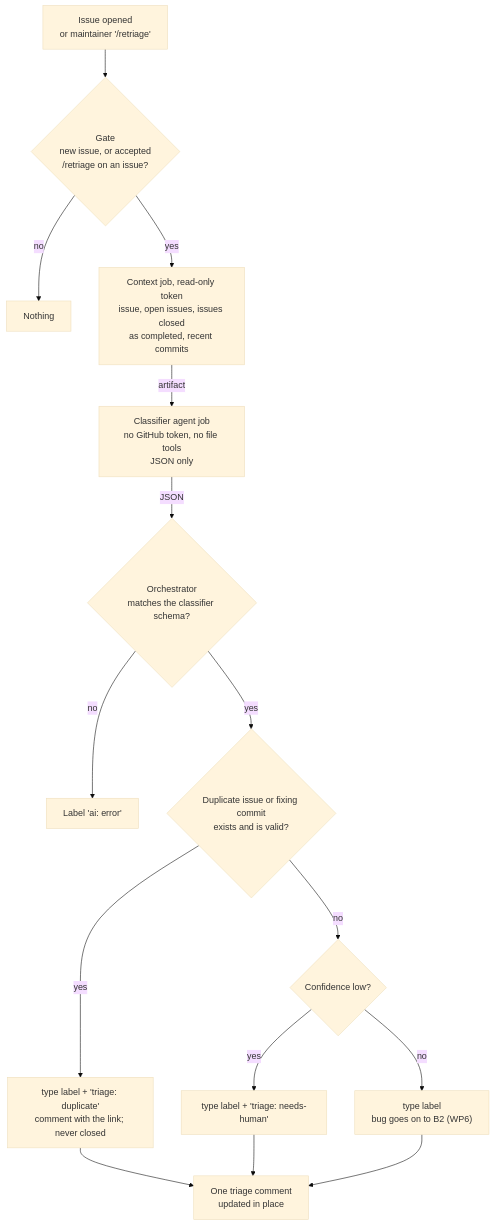
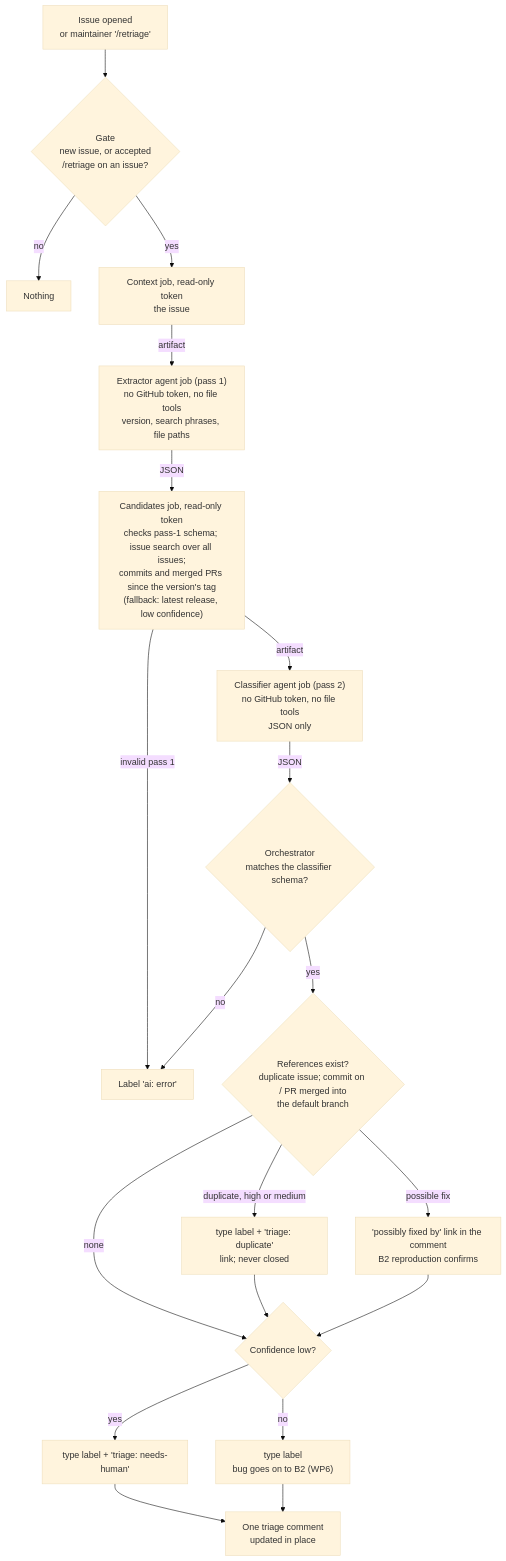
One commit to esciara/ai-workflows changed the diagram in docs/diagrams/wp5.mmd. Above: the diagram before and after it, drawn with Mermaid (base theme). The commit also changed 9 other files, not shown here.

First line of the commit message:
feat(triage): two-pass B1 with candidate search across all issues and the version's fix range (ADR-0035)

```diff
--- a/docs/diagrams/wp5.mmd
+++ b/docs/diagrams/wp5.mmd
@@ -1,13 +1,18 @@
 flowchart TD
   O["Issue opened<br/>or maintainer '/retriage'"] --> G{"Gate<br/>new issue, or accepted<br/>/retriage on an issue?"}
   G -- no --> X["Nothing"]
-  G -- yes --> C["Context job, read-only token<br/>issue, open issues, issues closed<br/>as completed, recent commits"]
-  C -- artifact --> A["Classifier agent job<br/>no GitHub token, no file tools<br/>JSON only"]
+  G -- yes --> C["Context job, read-only token<br/>the issue"]
+  C -- artifact --> P1["Extractor agent job (pass 1)<br/>no GitHub token, no file tools<br/>version, search phrases, file paths"]
+  P1 -- JSON --> K["Candidates job, read-only token<br/>checks pass-1 schema; issue search over all issues;<br/>commits and merged PRs since the version's tag<br/>(fallback: latest release, low confidence)"]
+  K -- artifact --> A["Classifier agent job (pass 2)<br/>no GitHub token, no file tools<br/>JSON only"]
+  K -- invalid pass 1 --> E
   A -- JSON --> V{"Orchestrator<br/>matches the classifier schema?"}
   V -- no --> E["Label 'ai: error'"]
-  V -- yes --> R{"Duplicate issue or fixing commit<br/>exists and is valid?"}
-  R -- yes --> D["type label + 'triage: duplicate'<br/>comment with the link; never closed"]
-  R -- no --> L{"Confidence low?"}
+  V -- yes --> R{"References exist?<br/>duplicate issue; commit on / PR merged into<br/>the default branch"}
+  R -- duplicate, high or medium --> D["type label + 'triage: duplicate'<br/>link; never closed"]
+  R -- possible fix --> F["'possibly fixed by' link in the comment<br/>B2 reproduction confirms"]
+  R -- none --> L{"Confidence low?"}
+  D & F --> L
   L -- yes --> H["type label + 'triage: needs-human'"]
   L -- no --> T["type label<br/>bug goes on to B2 (WP6)"]
-  D & H & T --> S["One triage comment<br/>updated in place"]
+  H & T --> S["One triage comment<br/>updated in place"]
```
